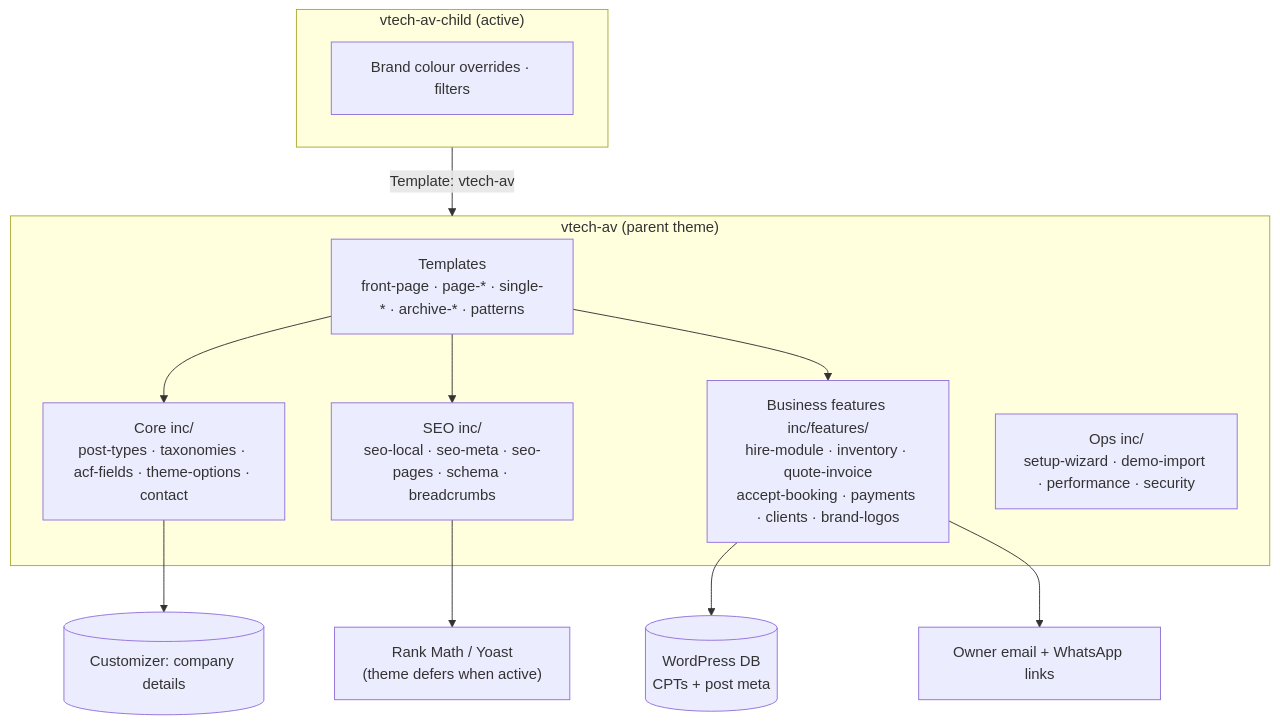
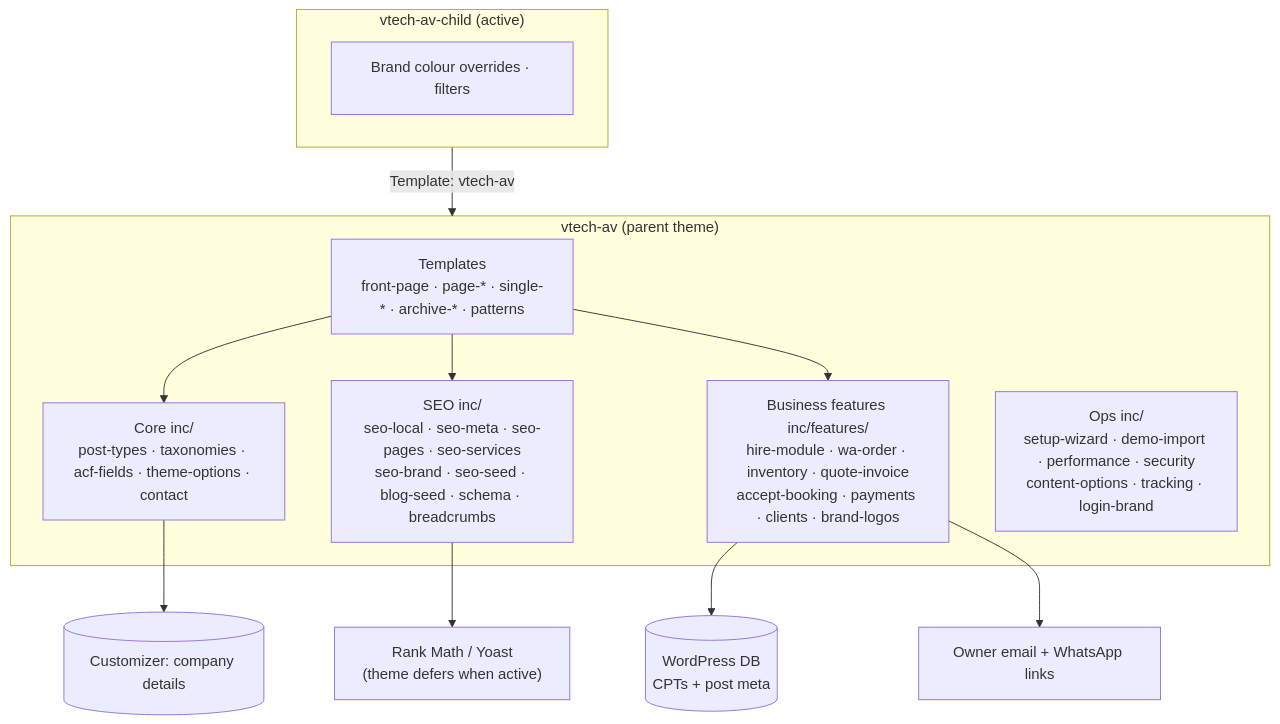
The first of 5 diagrams in README.md (moselanto/vtechaudio), drawn with Mermaid before and after one commit. The commit also changed other lines of this file, not shown here.

````diff
--- a/README.md
+++ b/README.md
@@ -145,21 +219,21 @@
 ```mermaid
 flowchart TB
     subgraph CHILD["vtech-av-child (active)"]
         CH["Brand colour overrides · filters"]
     end
     subgraph PARENT["vtech-av (parent theme)"]
         TPL["Templates<br/>front-page · page-* · single-* · archive-* · patterns"]
         CORE["Core inc/<br/>post-types · taxonomies · acf-fields · theme-options · contact"]
-        SEO["SEO inc/<br/>seo-local · seo-meta · seo-pages · schema · breadcrumbs"]
-        FEAT["Business features inc/features/<br/>hire-module · inventory · quote-invoice<br/>accept-booking · payments · clients · brand-logos"]
-        OPS["Ops inc/<br/>setup-wizard · demo-import · performance · security"]
+        SEO["SEO inc/<br/>seo-local · seo-meta · seo-pages · seo-services<br/>seo-brand · seo-seed · blog-seed · schema · breadcrumbs"]
+        FEAT["Business features inc/features/<br/>hire-module · wa-order · inventory · quote-invoice<br/>accept-booking · payments · clients · brand-logos"]
+        OPS["Ops inc/<br/>setup-wizard · demo-import · performance · security<br/>content-options · tracking · login-brand"]
     end
     CHILD -- "Template: vtech-av" --> PARENT
     TPL --> CORE
     TPL --> SEO
     TPL --> FEAT
     CORE --> OPT[("Customizer: company details")]
     SEO --> RM["Rank Math / Yoast<br/>(theme defers when active)"]
     FEAT --> DB[("WordPress DB<br/>CPTs + post meta")]
     FEAT --> MAIL["Owner email + WhatsApp links"]
 ```
````
